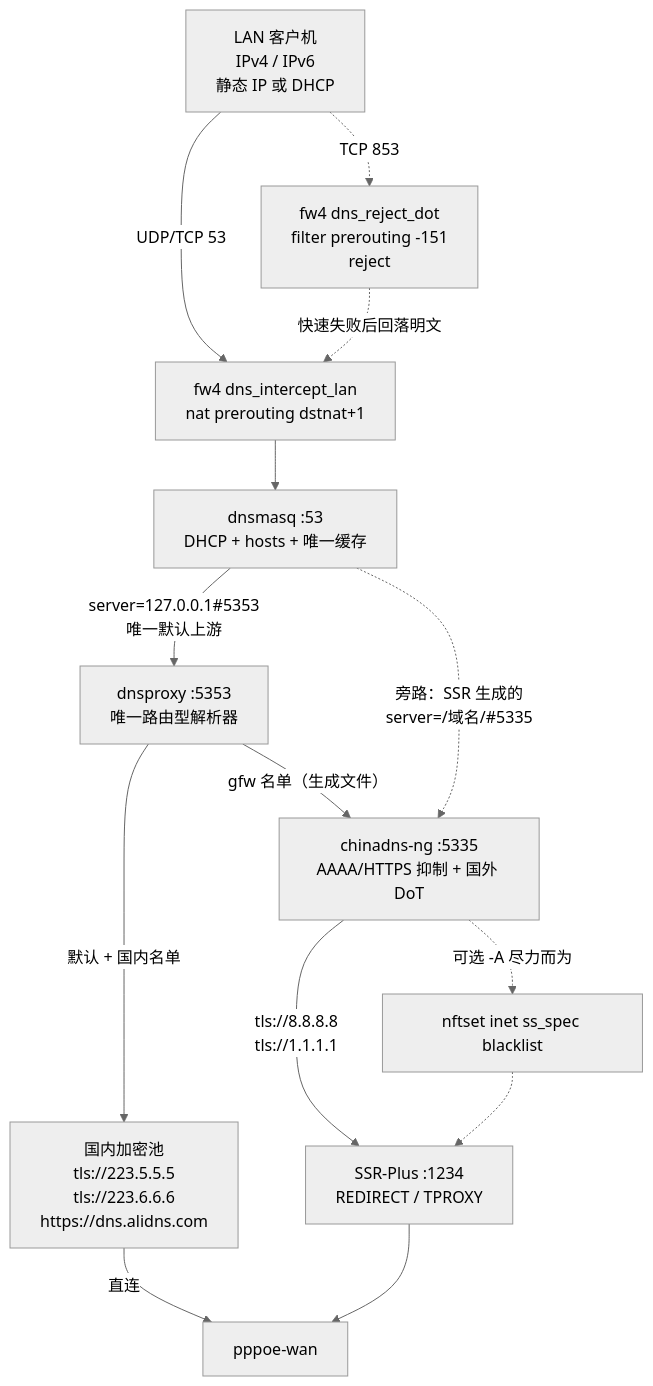
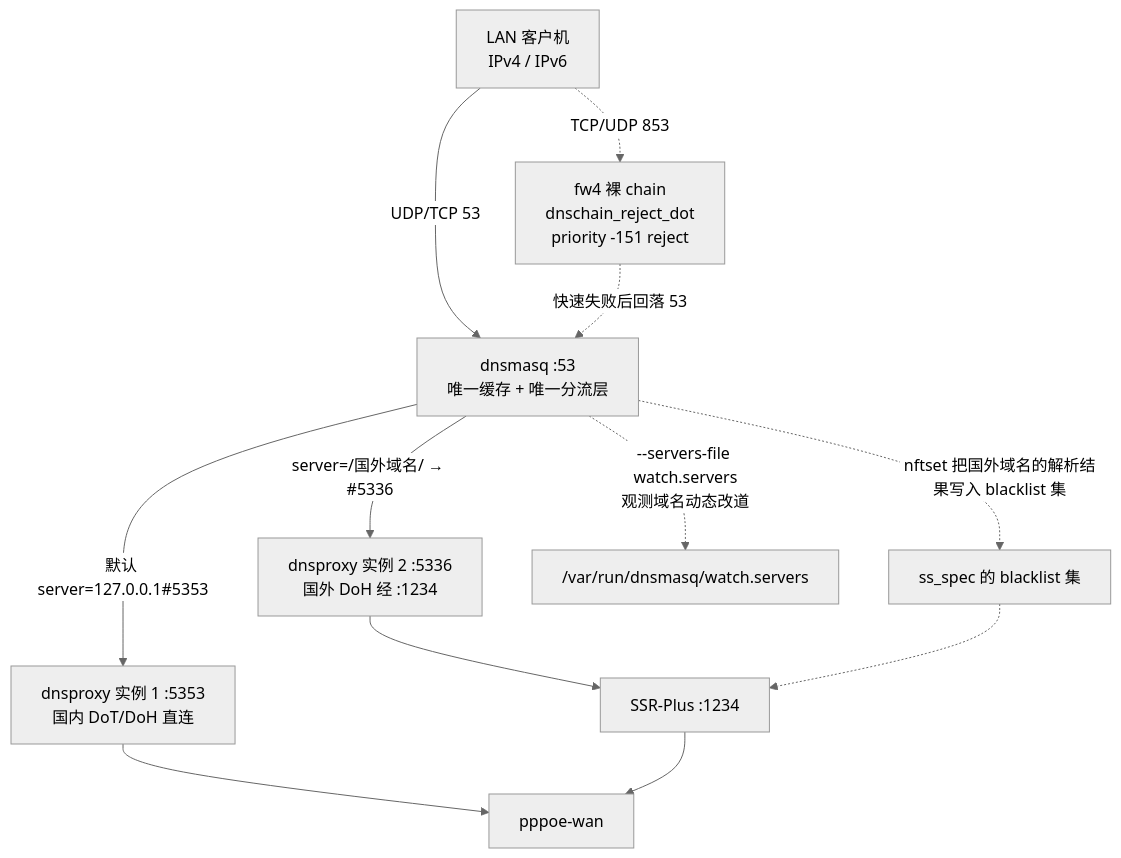
Before and after one commit to youridol/openwrt-build: the diagram in docs/adr/0003-dns-chain-framework.md, drawn with Mermaid (neutral theme). The commit also changed other lines of this file and 38 other files, not shown here.

First line of the commit message:
feat(dnschain): 实时诊断改思维导图 + 未知目标分诊 + 全链路审查修正 (v0.16.3)

````diff
--- a/docs/adr/0003-dns-chain-framework.md
+++ b/docs/adr/0003-dns-chain-framework.md
@@ -200,16 +98,14 @@
 ```mermaid
 flowchart TD
-    C["LAN 客户机<br/>IPv4 / IPv6<br/>静态 IP 或 DHCP"] -->|"UDP/TCP 53"| FW["fw4 dns_intercept_lan<br/>nat prerouting dstnat+1"]
-    C -.->|"TCP 853"| FW2["fw4 dns_reject_dot<br/>filter prerouting -151<br/>reject"]
-    FW2 -.->|"快速失败后回落明文"| FW
-    FW --> DM["dnsmasq :53<br/>DHCP + hosts + 唯一缓存"]
-    DM -->|"server=127.0.0.1#5353<br/>唯一默认上游"| DP["dnsproxy :5353<br/>唯一路由型解析器"]
-    DM -.->|"旁路：SSR 生成的<br/>server=/域名/#5335"| FL
-    DP -->|"默认 + 国内名单"| CN["国内加密池<br/>tls://223.5.5.5<br/>tls://223.6.6.6<br/>https://dns.alidns.com"]
-    DP -->|"gfw 名单（生成文件）"| FL["chinadns-ng :5335<br/>AAAA/HTTPS 抑制 + 国外 DoT"]
-    FL -->|"tls://8.8.8.8<br/>tls://1.1.1.1"| PROXY["SSR-Plus :1234<br/>REDIRECT / TPROXY"]
-    CN -->|"直连"| WAN["pppoe-wan"]
-    PROXY --> WAN
-    FL -.->|"可选 -A 尽力而为"| SET["nftset inet ss_spec blacklist"]
-    SET -.-> PROXY
+    C["LAN 客户机<br/>IPv4 / IPv6"] -->|"UDP/TCP 53"| M["dnsmasq :53<br/>唯一缓存 + 唯一分流层"]
+    C -.->|"TCP/UDP 853"| RJ["fw4 裸 chain<br/>dnschain_reject_dot<br/>priority -151 reject"]
+    RJ -.->|"快速失败后回落 53"| M
+    M -->|"默认 server=127.0.0.1#5353"| D1["dnsproxy 实例 1 :5353<br/>国内 DoT/DoH 直连"]
+    M -->|"server=/国外域名/ → #5336"| D2["dnsproxy 实例 2 :5336<br/>国外 DoH 经 :1234"]
+    M -.->|"nftset 把国外域名的解析结果写入 blacklist 集"| SET["ss_spec 的 blacklist 集"]
+    M -.->|"--servers-file watch.servers<br/>观测域名动态改道"| W["/var/run/dnsmasq/watch.servers"]
+    D1 --> WAN["pppoe-wan"]
+    D2 --> P["SSR-Plus :1234"]
+    P --> WAN
+    SET -.-> P
 ```
````
